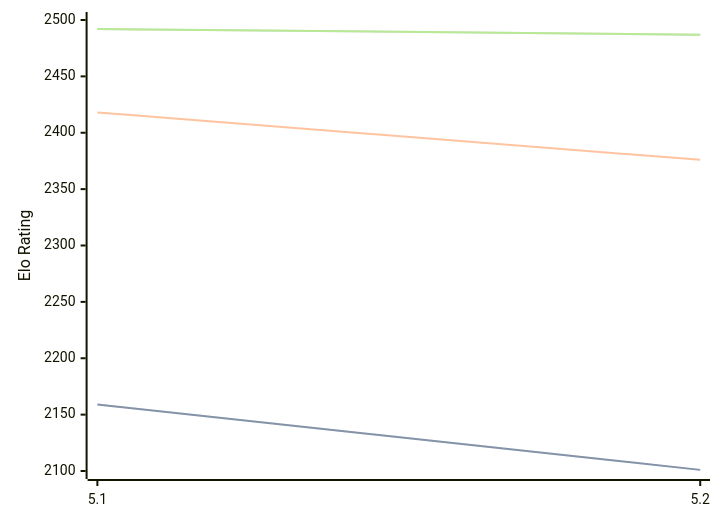
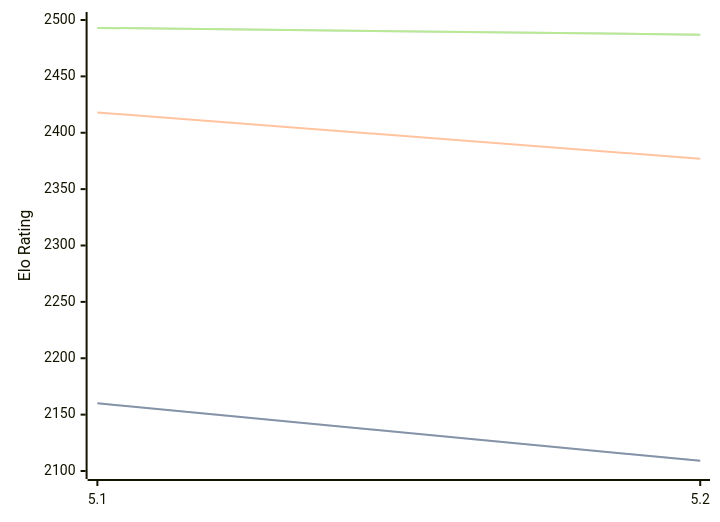
Before and after one commit to computer-chess-index/cci: the diagram in engines/Prophet.md, drawn with Mermaid. The commit also changed other lines of this file, not shown here.

Commit message:
Update CCI Ratings (ELO VLTC) - 2026-08-21

````diff
--- a/engines/Prophet.md
+++ b/engines/Prophet.md
@@ -32,11 +32,11 @@
 ```mermaid
 %%{init: {"theme":"base","themeVariables":{"seriesColors:['#a3a3a3','#222221','#faa371']}}}%%
 xychart-beta
   x-axis ["5.1", "5.2"]
   y-axis "Elo Rating" 2100 --> 2500
-  line "STC (8.0+0.08s)" [2159, 2101]
-  line "STC (8.0+0.08s)" [2159, 2101]
-  line "LTC (60.0+0.60s)" [2418, 2376]
-  line "VLTC (2m24s+1.12s)" [2492, 2487]
-  line "VLTC (2m24s+1.12s)" [2492, 2487]
+  line "STC (8.0+0.08s)" [2160, 2109]
+  line "STC (8.0+0.08s)" [2160, 2109]
+  line "LTC (60.0+0.60s)" [2418, 2377]
+  line "VLTC (2m24s+1.12s)" [2493, 2487]
+  line "VLTC (2m24s+1.12s)" [2493, 2487]
 ```
````
